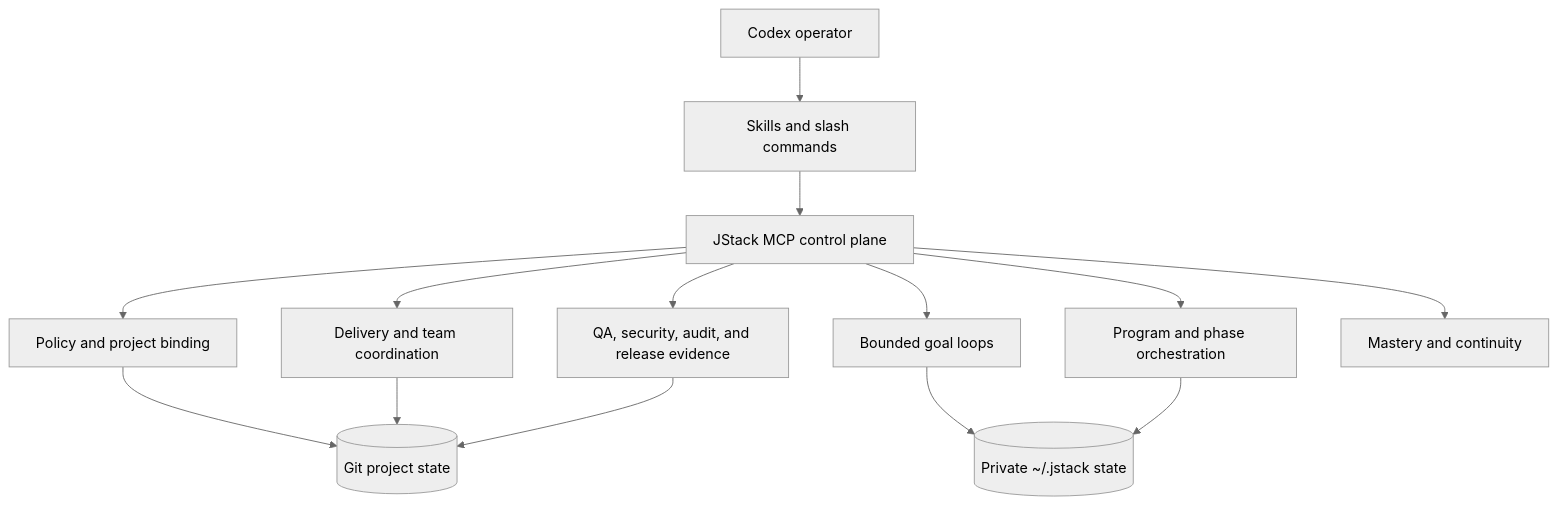
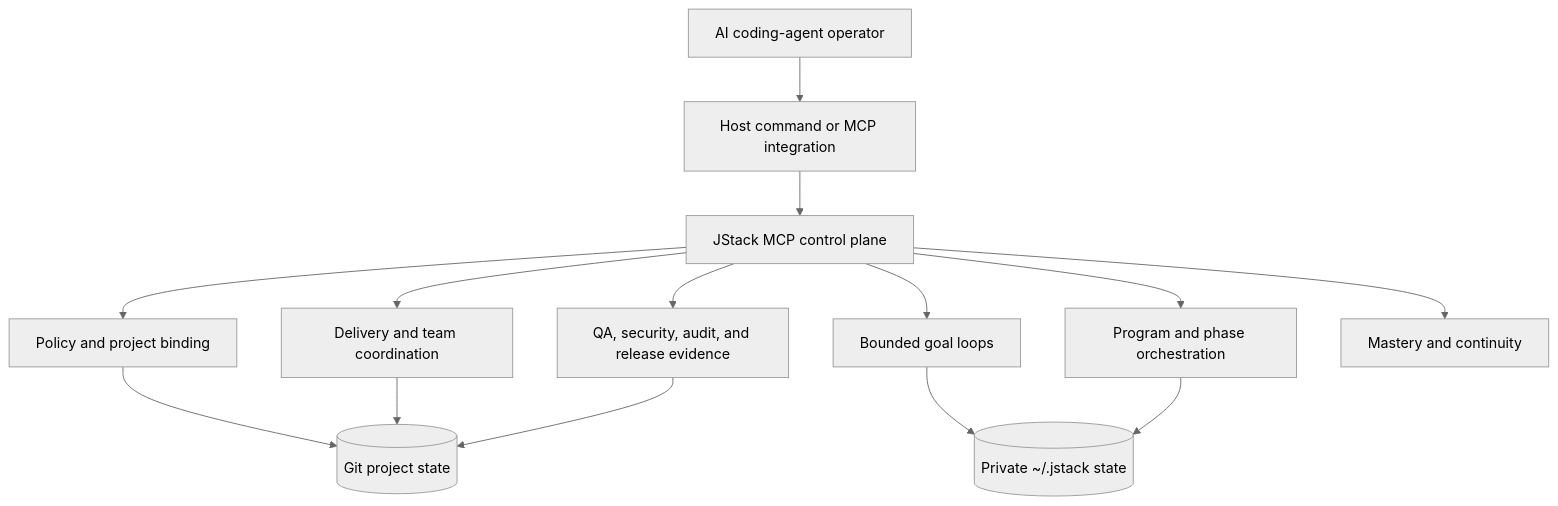
The second of 2 diagrams in README.md (JarodFroneman/jstack), drawn with Mermaid (neutral theme) before and after one commit. The commit also changed other lines of this file and 5 other files, not shown here.

Commit message:
Broaden JStack's AI agent positioning

````diff
--- a/README.md
+++ b/README.md
@@ -171,18 +193,18 @@
 ```mermaid
 flowchart TB
-    U[Codex operator] --> S[Skills and slash commands]
-    S --> M[JStack MCP control plane]
+    U[AI coding-agent operator] --> H[Host command or MCP integration]
+    H --> M[JStack MCP control plane]
 
     M --> P[Policy and project binding]
     M --> D[Delivery and team coordination]
     M --> E[QA, security, audit, and release evidence]
     M --> L[Bounded goal loops]
     M --> R[Program and phase orchestration]
     M --> T[Mastery and continuity]
 
     P --> G[(Git project state)]
     D --> G
     E --> G
     L --> X[(Private ~/.jstack state)]
     R --> X
 ```
````
